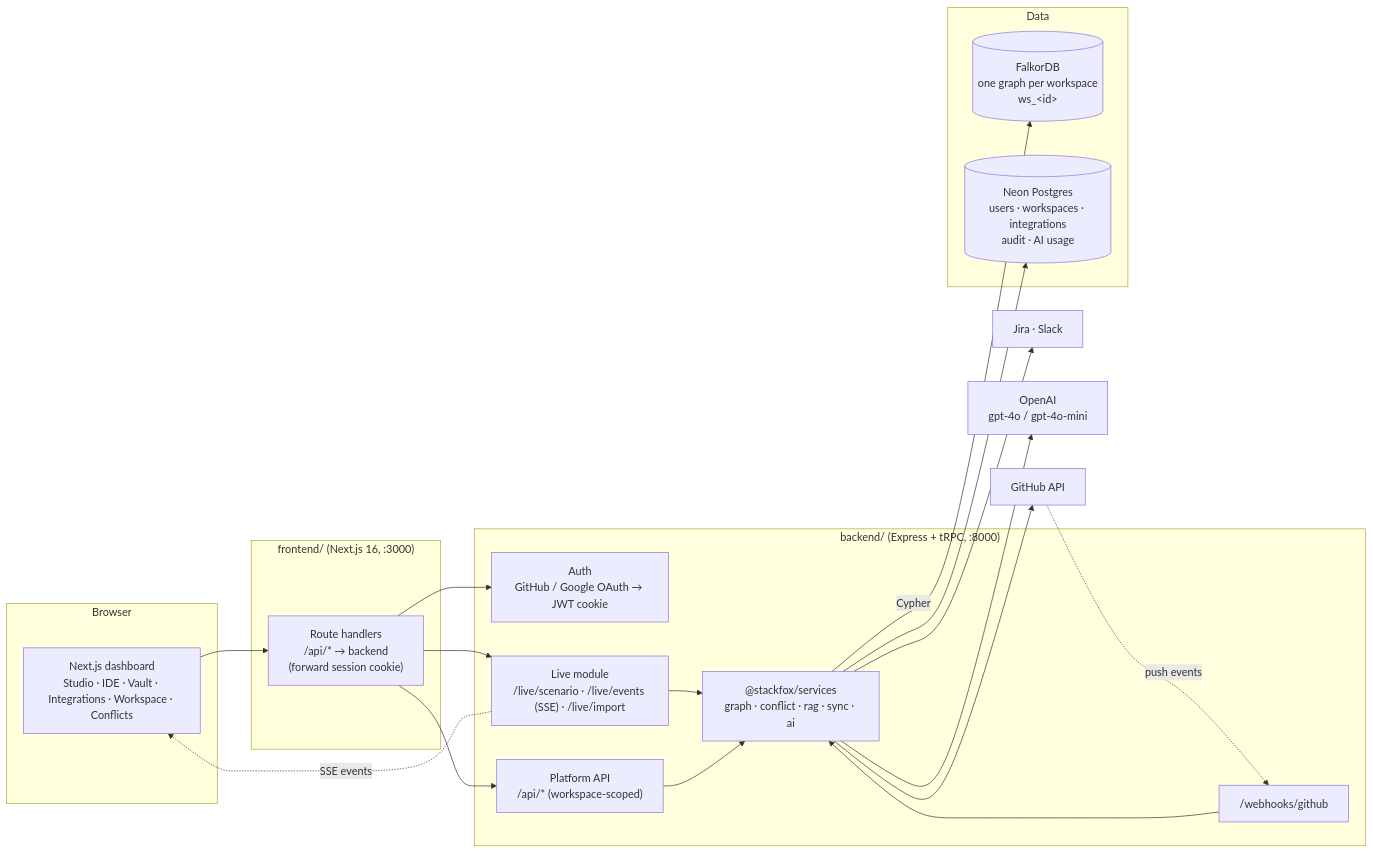
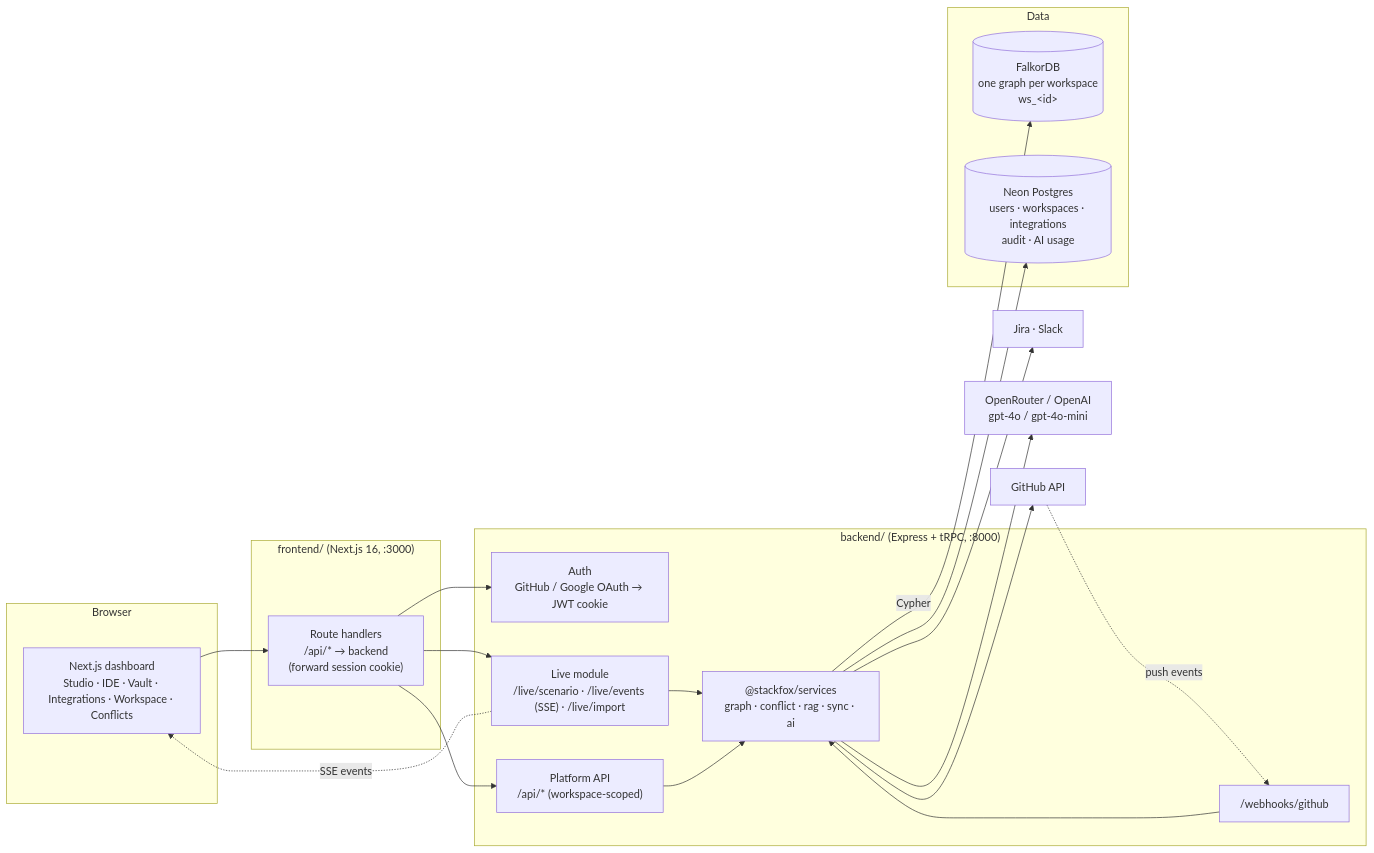
Before and after one commit to ishaansatapathy/Graph-Hack-: the first of 4 diagrams in README.md, drawn with Mermaid. The commit also changed other lines of this file, not shown here.

First line of the commit message:
Update README for the deepened GraphRAG, config and deployment

````diff
--- a/README.md
+++ b/README.md
@@ -47,37 +48,37 @@
 ```mermaid
 flowchart LR
   subgraph Browser
     UI["Next.js dashboard<br/>Studio · IDE · Vault · Integrations · Workspace · Conflicts"]
   end
 
   subgraph Frontend["frontend/ (Next.js 16, :3000)"]
     Proxy["Route handlers<br/>/api/* → backend<br/>(forward session cookie)"]
   end
 
   subgraph Backend["backend/ (Express + tRPC, :8000)"]
     Auth["Auth<br/>GitHub / Google OAuth → JWT cookie"]
     Live["Live module<br/>/live/scenario · /live/events (SSE) · /live/import"]
     Platform["Platform API<br/>/api/* (workspace-scoped)"]
     Webhook["/webhooks/github"]
     Services["@stackfox/services<br/>graph · conflict · rag · sync · ai"]
   end
 
   subgraph Data
     Falkor[("FalkorDB<br/>one graph per workspace<br/>ws_&lt;id&gt;")]
     PG[("Neon Postgres<br/>users · workspaces · integrations<br/>audit · AI usage")]
   end
 
   GH["GitHub API"]
   Ext["Jira · Slack"]
-  LLM["OpenAI<br/>gpt-4o / gpt-4o-mini"]
+  LLM["OpenRouter / OpenAI<br/>gpt-4o / gpt-4o-mini"]
 
   UI --> Proxy --> Auth & Live & Platform
   Live & Platform & Webhook --> Services
   Services -->|Cypher| Falkor
   Services --> PG
   Services --> GH
   Services --> Ext
   Services --> LLM
   GH -. push events .-> Webhook
   Live -. SSE events .-> UI
 ```
````
